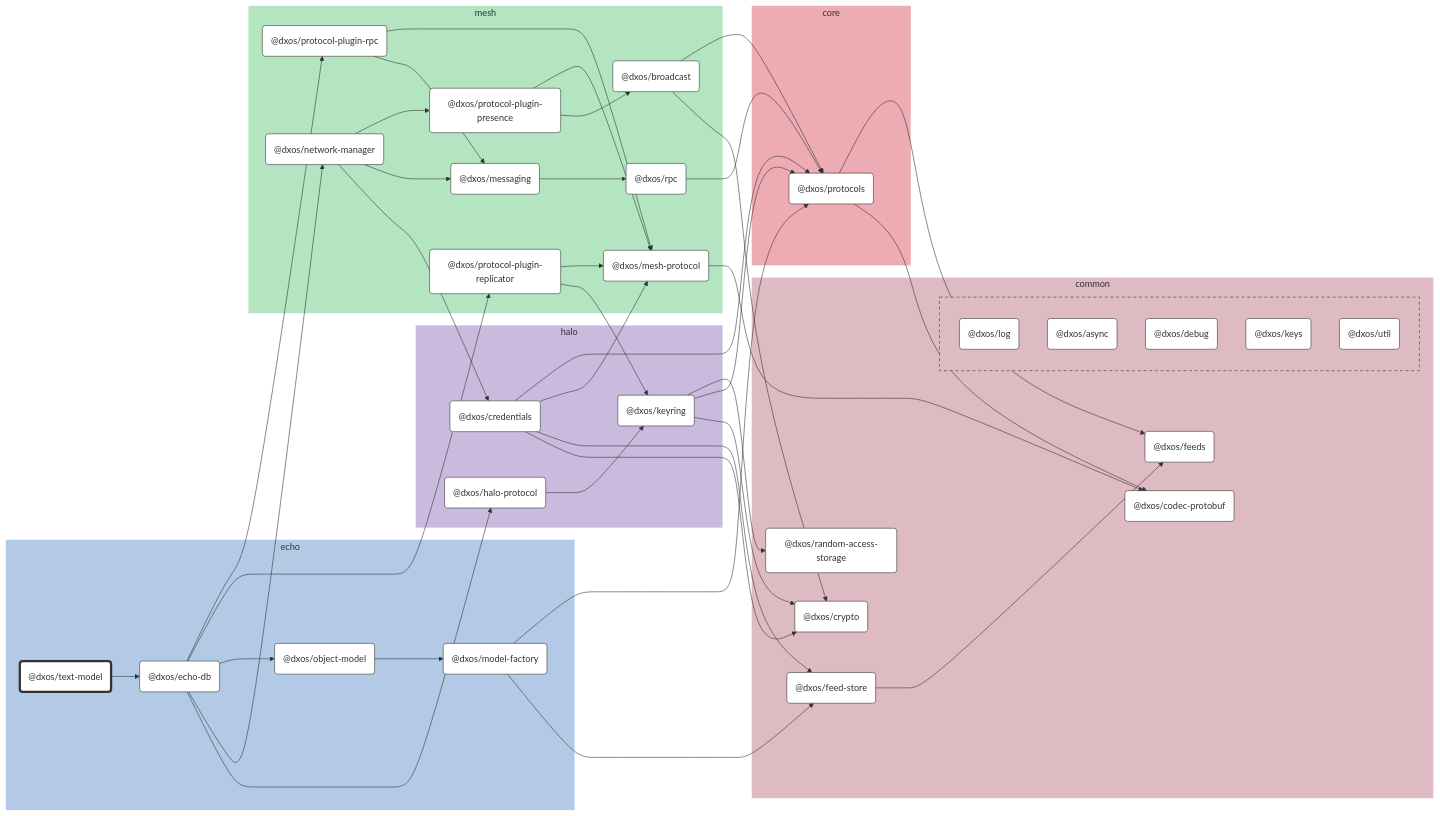
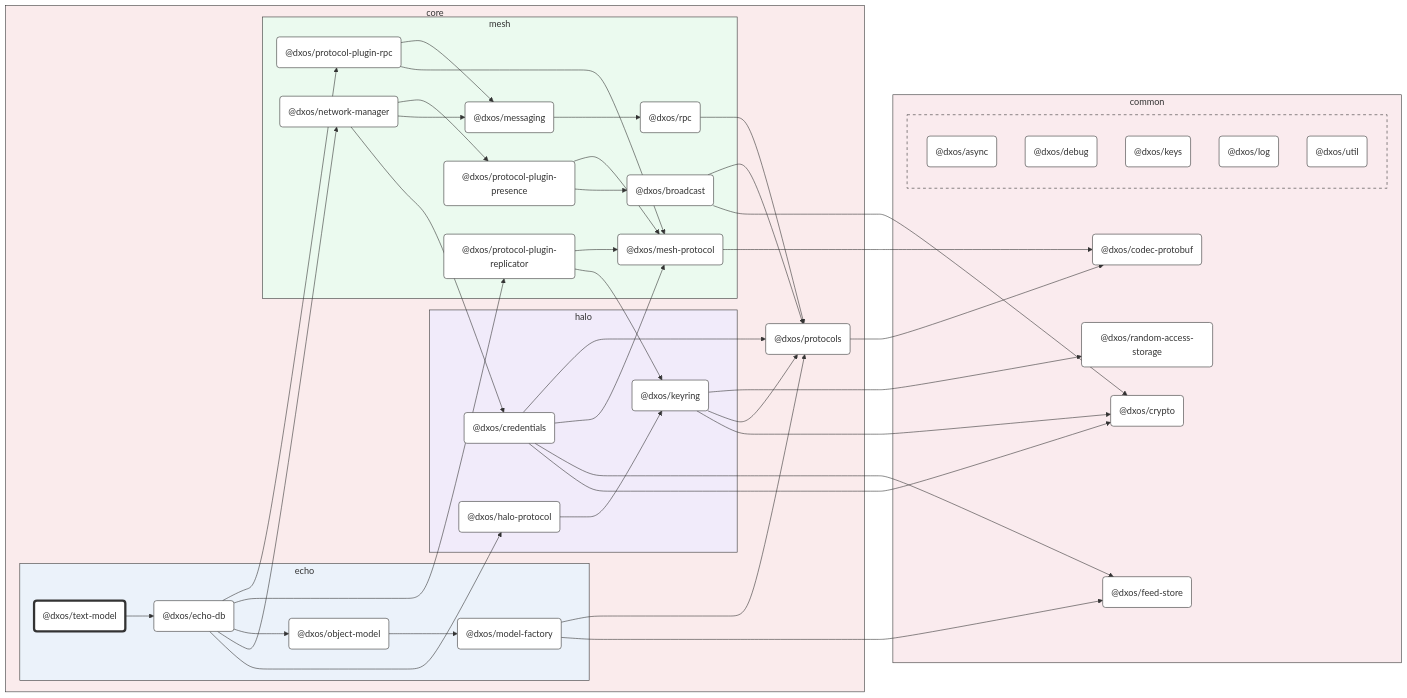
The diagram in packages/core/echo/text-model/docs/README.md (dxos/dxos), drawn with Mermaid before and after one commit. The commit also changed other lines of this file and 93 other files, not shown here.

First line of the commit message:
chore: hierarchical graphs. (#1583)

````diff
--- a/packages/core/echo/text-model/docs/README.md
+++ b/packages/core/echo/text-model/docs/README.md
@@ -15,80 +15,78 @@
 
 %% Nodes
 
-subgraph echo [echo]
-  style echo fill:#b3cae6,stroke:#fff
-  dxos/text-model("@dxos/text-model"):::root
-  click dxos/text-model "dxos/dxos/tree/main/packages/core/echo/text-model/docs"
-  dxos/echo-db("@dxos/echo-db"):::def
-  click dxos/echo-db "dxos/dxos/tree/main/packages/core/echo/echo-db/docs"
-  dxos/model-factory("@dxos/model-factory"):::def
-  click dxos/model-factory "dxos/dxos/tree/main/packages/core/echo/model-factory/docs"
-  dxos/object-model("@dxos/object-model"):::def
-  click dxos/object-model "dxos/dxos/tree/main/packages/core/echo/object-model/docs"
+subgraph core [core]
+  style core fill:#faebec,stroke:#333
+  dxos/protocols("@dxos/protocols"):::def
+  click dxos/protocols "dxos/dxos/tree/main/packages/core/protocols/docs"
+
+  subgraph echo [echo]
+    style echo fill:#ebf2fa,stroke:#333
+    dxos/text-model("@dxos/text-model"):::root
+    click dxos/text-model "dxos/dxos/tree/main/packages/core/echo/text-model/docs"
+    dxos/echo-db("@dxos/echo-db"):::def
+    click dxos/echo-db "dxos/dxos/tree/main/packages/core/echo/echo-db/docs"
+    dxos/model-factory("@dxos/model-factory"):::def
+    click dxos/model-factory "dxos/dxos/tree/main/packages/core/echo/model-factory/docs"
+    dxos/object-model("@dxos/object-model"):::def
+    click dxos/object-model "dxos/dxos/tree/main/packages/core/echo/object-model/docs"
+  end
+
+  subgraph halo [halo]
+    style halo fill:#f1ebfa,stroke:#333
+    dxos/credentials("@dxos/credentials"):::def
+    click dxos/credentials "dxos/dxos/tree/main/packages/core/halo/credentials/docs"
+    dxos/halo-protocol("@dxos/halo-protocol"):::def
+    click dxos/halo-protocol "dxos/dxos/tree/main/packages/core/halo/halo-protocol/docs"
+    dxos/keyring("@dxos/keyring"):::def
+    click dxos/keyring "dxos/dxos/tree/main/packages/core/halo/keyring/docs"
+  end
+
+  subgraph mesh [mesh]
+    style mesh fill:#ebfaef,stroke:#333
+    dxos/mesh-protocol("@dxos/mesh-protocol"):::def
+    click dxos/mesh-protocol "dxos/dxos/tree/main/packages/core/mesh/mesh-protocol/docs"
+    dxos/messaging("@dxos/messaging"):::def
+    click dxos/messaging "dxos/dxos/tree/main/packages/core/mesh/messaging/docs"
+    dxos/rpc("@dxos/rpc"):::def
+    click dxos/rpc "dxos/dxos/tree/main/packages/core/mesh/rpc/docs"
+    dxos/network-manager("@dxos/network-manager"):::def
+    click dxos/network-manager "dxos/dxos/tree/main/packages/core/mesh/network-manager/docs"
+    dxos/protocol-plugin-presence("@dxos/protocol-plugin-presence"):::def
+    click dxos/protocol-plugin-presence "dxos/dxos/tree/main/packages/core/mesh/protocol-plugin-presence/docs"
+    dxos/broadcast("@dxos/broadcast"):::def
+    click dxos/broadcast "dxos/dxos/tree/main/packages/core/mesh/broadcast/docs"
+    dxos/protocol-plugin-replicator("@dxos/protocol-plugin-replicator"):::def
+    click dxos/protocol-plugin-replicator "dxos/dxos/tree/main/packages/core/mesh/protocol-plugin-replicator/docs"
+    dxos/protocol-plugin-rpc("@dxos/protocol-plugin-rpc"):::def
+    click dxos/protocol-plugin-rpc "dxos/dxos/tree/main/packages/core/mesh/protocol-plugin-rpc/docs"
+  end
 end
 
 subgraph common [common]
-  style common fill:#debac2,stroke:#fff
+  style common fill:#faebee,stroke:#333
   dxos/codec-protobuf("@dxos/codec-protobuf"):::def
   click dxos/codec-protobuf "dxos/dxos/tree/main/packages/common/codec-protobuf/docs"
   dxos/crypto("@dxos/crypto"):::def
   click dxos/crypto "dxos/dxos/tree/main/packages/common/crypto/docs"
   dxos/feed-store("@dxos/feed-store"):::def
   click dxos/feed-store "dxos/dxos/tree/main/packages/common/feed-store/docs"
-  dxos/feeds("@dxos/feeds"):::def
-  click dxos/feeds "dxos/dxos/tree/main/packages/common/feeds/docs"
   dxos/random-access-storage("@dxos/random-access-storage"):::def
   click dxos/random-access-storage "dxos/dxos/tree/main/packages/common/random-access-storage/docs"
 
-  subgraph common-excluded [ ]
-    style common-excluded fill:#debac2,stroke:#333,stroke-dasharray:5 5
-    dxos/log("@dxos/log"):::def
-    click dxos/log "dxos/dxos/tree/main/packages/common/log/docs"
+  subgraph _ [ ]
+    style _ fill:#faebee,stroke:#333,stroke-dasharray:5 5
     dxos/async("@dxos/async"):::def
     click dxos/async "dxos/dxos/tree/main/packages/common/async/docs"
     dxos/debug("@dxos/debug"):::def
     click dxos/debug "dxos/dxos/tree/main/packages/common/debug/docs"
     dxos/keys("@dxos/keys"):::def
     click dxos/keys "dxos/dxos/tree/main/packages/common/keys/docs"
+    dxos/log("@dxos/log"):::def
+    click dxos/log "dxos/dxos/tree/main/packages/common/log/docs"
     dxos/util("@dxos/util"):::def
     click dxos/util "dxos/dxos/tree/main/packages/common/util/docs"
   end
-end
-
-subgraph halo [halo]
-  style halo fill:#cabade,stroke:#fff
-  dxos/credentials("@dxos/credentials"):::def
-  click dxos/credentials "dxos/dxos/tree/main/packages/core/halo/credentials/docs"
-  dxos/halo-protocol("@dxos/halo-protocol"):::def
-  click dxos/halo-protocol "dxos/dxos/tree/main/packages/core/halo/halo-protocol/docs"
-  dxos/keyring("@dxos/keyring"):::def
-  click dxos/keyring "dxos/dxos/tree/main/packages/core/halo/keyring/docs"
-end
-
-subgraph mesh [mesh]
-  style mesh fill:#b3e6c0,stroke:#fff
-  dxos/mesh-protocol("@dxos/mesh-protocol"):::def
-  click dxos/mesh-protocol "dxos/dxos/tree/main/packages/core/mesh/mesh-protocol/docs"
-  dxos/messaging("@dxos/messaging"):::def
-  click dxos/messaging "dxos/dxos/tree/main/packages/core/mesh/messaging/docs"
-  dxos/rpc("@dxos/rpc"):::def
-  click dxos/rpc "dxos/dxos/tree/main/packages/core/mesh/rpc/docs"
-  dxos/network-manager("@dxos/network-manager"):::def
-  click dxos/network-manager "dxos/dxos/tree/main/packages/core/mesh/network-manager/docs"
-  dxos/protocol-plugin-presence("@dxos/protocol-plugin-presence"):::def
-  click dxos/protocol-plugin-presence "dxos/dxos/tree/main/packages/core/mesh/protocol-plugin-presence/docs"
-  dxos/broadcast("@dxos/broadcast"):::def
-  click dxos/broadcast "dxos/dxos/tree/main/packages/core/mesh/broadcast/docs"
-  dxos/protocol-plugin-replicator("@dxos/protocol-plugin-replicator"):::def
-  click dxos/protocol-plugin-replicator "dxos/dxos/tree/main/packages/core/mesh/protocol-plugin-replicator/docs"
-  dxos/protocol-plugin-rpc("@dxos/protocol-plugin-rpc"):::def
-  click dxos/protocol-plugin-rpc "dxos/dxos/tree/main/packages/core/mesh/protocol-plugin-rpc/docs"
-end
-
-subgraph core [core]
-  style core fill:#edabb3,stroke:#fff
-  dxos/protocols("@dxos/protocols"):::def
-  click dxos/protocols "dxos/dxos/tree/main/packages/core/protocols/docs"
 end
 
 %% Links
@@ -96,12 +94,10 @@
 dxos/text-model --> dxos/echo-db
 dxos/credentials --> dxos/crypto
 dxos/credentials --> dxos/feed-store
-dxos/feed-store --> dxos/feeds
 dxos/credentials --> dxos/mesh-protocol
 dxos/mesh-protocol --> dxos/codec-protobuf
 dxos/credentials --> dxos/protocols
 dxos/protocols --> dxos/codec-protobuf
-dxos/protocols --> dxos/feeds
 dxos/echo-db --> dxos/halo-protocol
 dxos/halo-protocol --> dxos/keyring
 dxos/keyring --> dxos/crypto
@@ -125,6 +121,6 @@
 dxos/protocol-plugin-replicator --> dxos/keyring
 dxos/protocol-plugin-replicator --> dxos/mesh-protocol
 dxos/echo-db --> dxos/protocol-plugin-rpc
+dxos/protocol-plugin-rpc --> dxos/mesh-protocol
 dxos/protocol-plugin-rpc --> dxos/messaging
-dxos/protocol-plugin-rpc --> dxos/mesh-protocol
 ```
````
